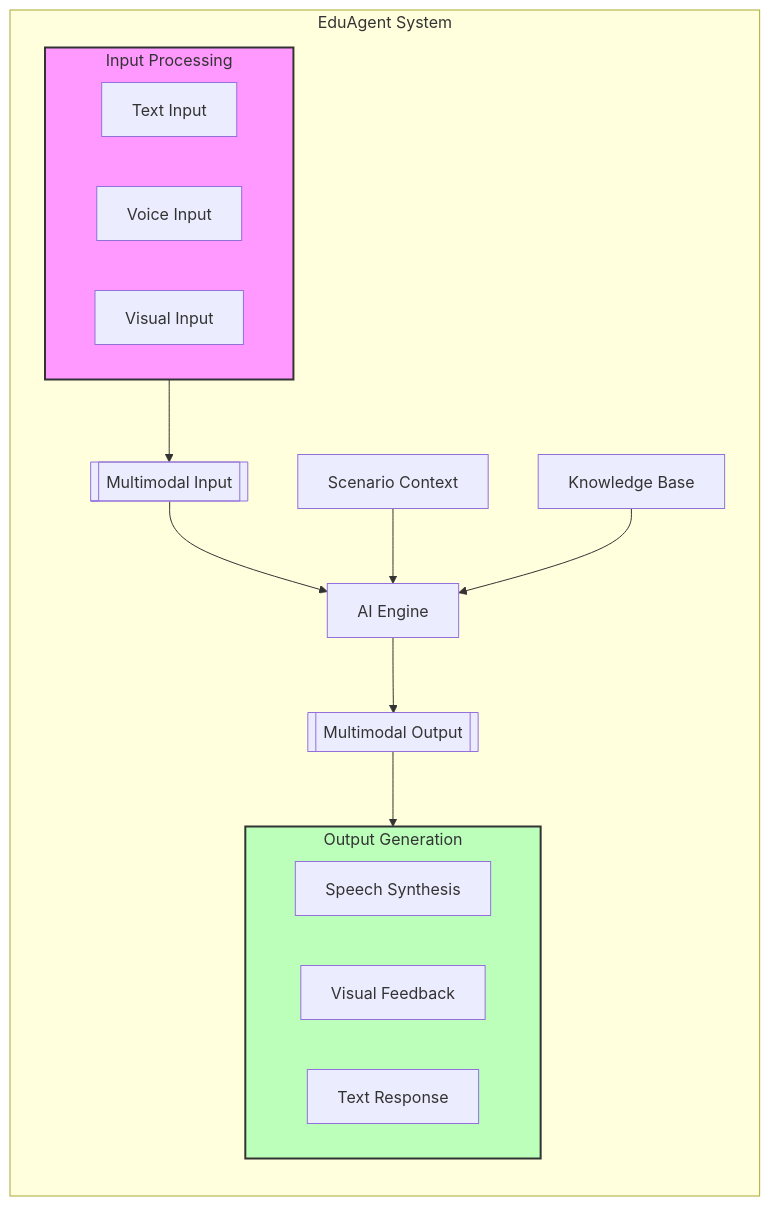
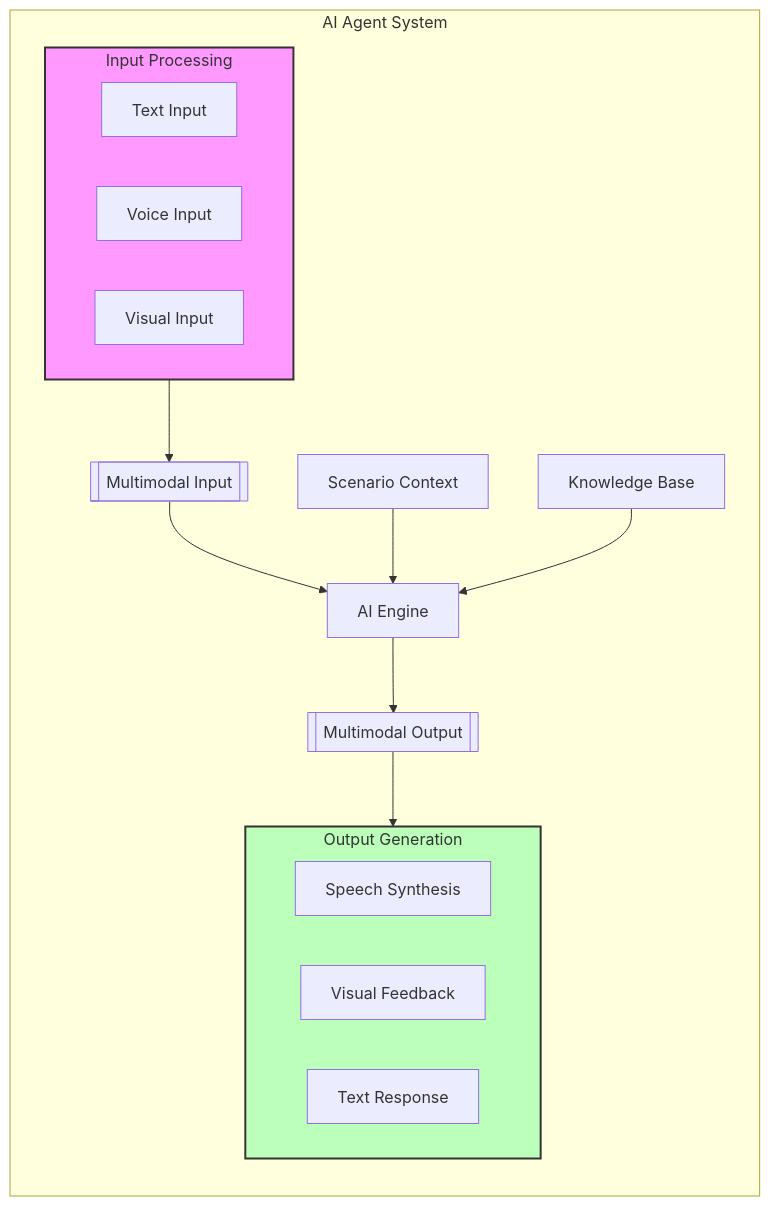
One commit to UVU-AI-Innovate/teacher-training-chatbot changed the sixth of 14 diagrams in README.md. Above: the diagram before and after it, drawn with Mermaid. The commit also changed other lines of this file, not shown here.

First line of the commit message:
Rename EduAgent to AI Agent in README documentation

````diff
--- a/README.md
+++ b/README.md
@@ -221,33 +221,33 @@
      ```mermaid
      graph TB
-         subgraph Agent["EduAgent System"]
+         subgraph Agent["AI Agent System"]
              direction TB
              Input[["Multimodal Input"]]
              Context[Scenario Context]
              AI[AI Engine]
              KB[Knowledge Base]
              Output[["Multimodal Output"]]
              
              subgraph Inputs["Input Processing"]
                  Text[Text Input]
                  Voice[Voice Input]
                  Visual[Visual Input]
              end
              
              subgraph Outputs["Output Generation"]
                  Speech[Speech Synthesis]
                  Animation[Visual Feedback]
                  Text2[Text Response]
              end
              
              Inputs --> Input
              Input --> AI
              Context --> AI
              KB --> AI
              AI --> Output
              Output --> Outputs
          end
 
          style Inputs fill:#f9f,stroke:#333,stroke-width:2px
          style Outputs fill:#bfb,stroke:#333,stroke-width:2px
      ```
````
